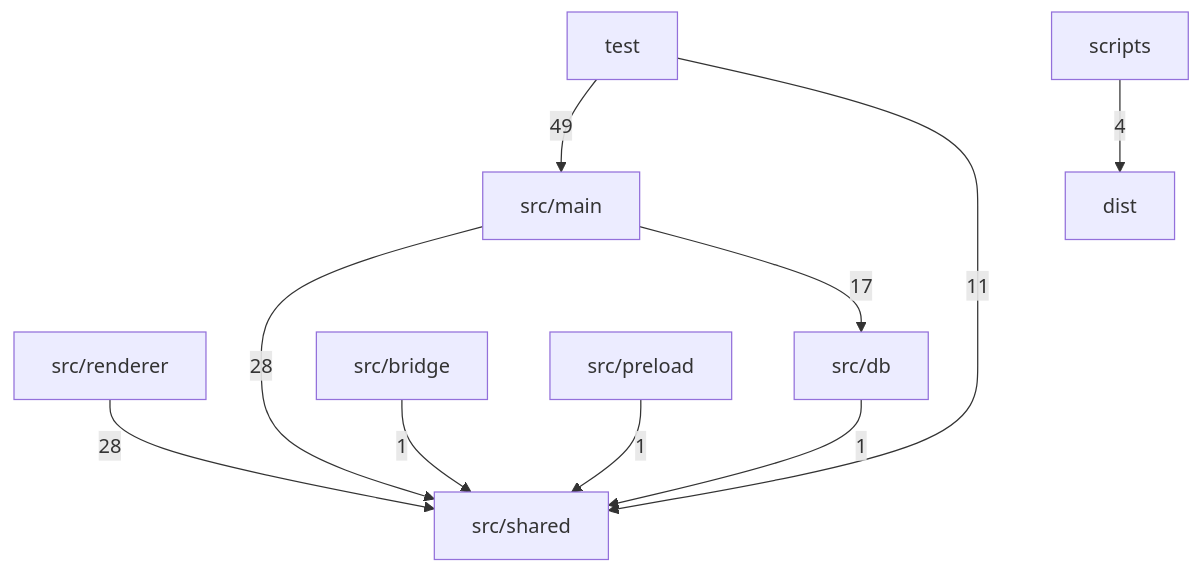
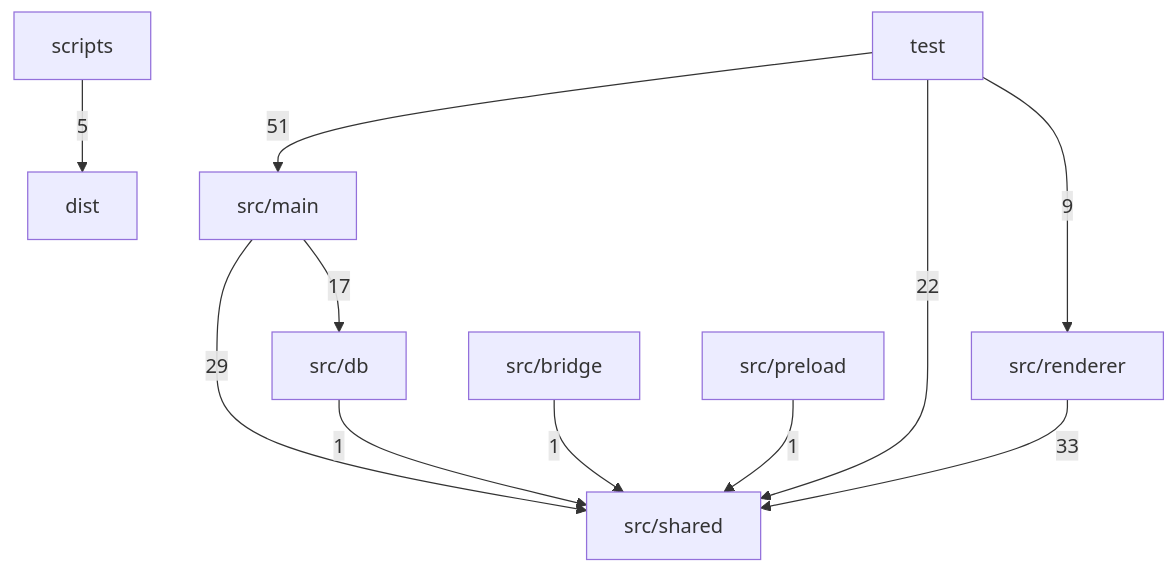
Before and after one commit to Sheshiyer/plexus-ts: the diagram in docs/architecture/DEPENDENCY-GRAPH.md, drawn with Mermaid. The commit also changed other lines of this file and 24 other files, not shown here.

````diff
--- a/docs/architecture/DEPENDENCY-GRAPH.md
+++ b/docs/architecture/DEPENDENCY-GRAPH.md
@@ -8,12 +8,13 @@
 ```mermaid
 graph TD
-  test["test"] -->|49| src_main["src/main"]
-  src_main["src/main"] -->|28| src_shared["src/shared"]
-  src_renderer["src/renderer"] -->|28| src_shared["src/shared"]
+  test["test"] -->|51| src_main["src/main"]
+  src_renderer["src/renderer"] -->|33| src_shared["src/shared"]
+  src_main["src/main"] -->|29| src_shared["src/shared"]
+  test["test"] -->|22| src_shared["src/shared"]
   src_main["src/main"] -->|17| src_db["src/db"]
-  test["test"] -->|11| src_shared["src/shared"]
-  scripts["scripts"] -->|4| dist["dist"]
+  test["test"] -->|9| src_renderer["src/renderer"]
+  scripts["scripts"] -->|5| dist["dist"]
   src_bridge["src/bridge"] -->|1| src_shared["src/shared"]
   src_db["src/db"] -->|1| src_shared["src/shared"]
   src_preload["src/preload"] -->|1| src_shared["src/shared"]
 ```
````
